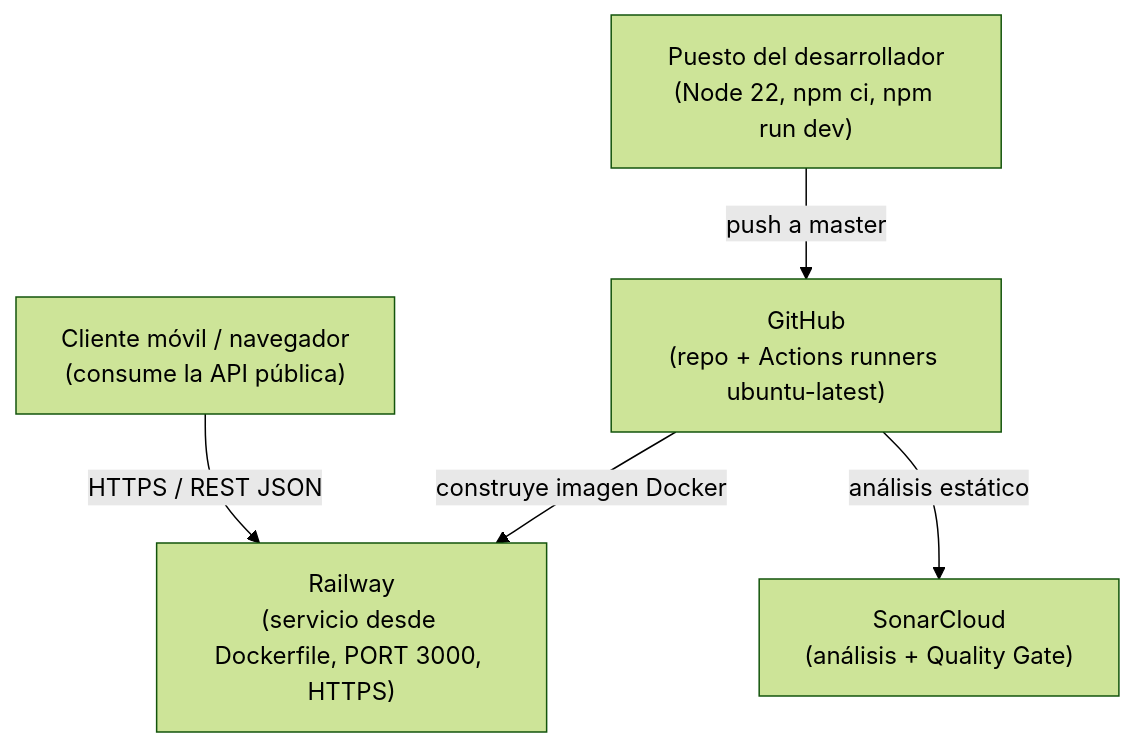
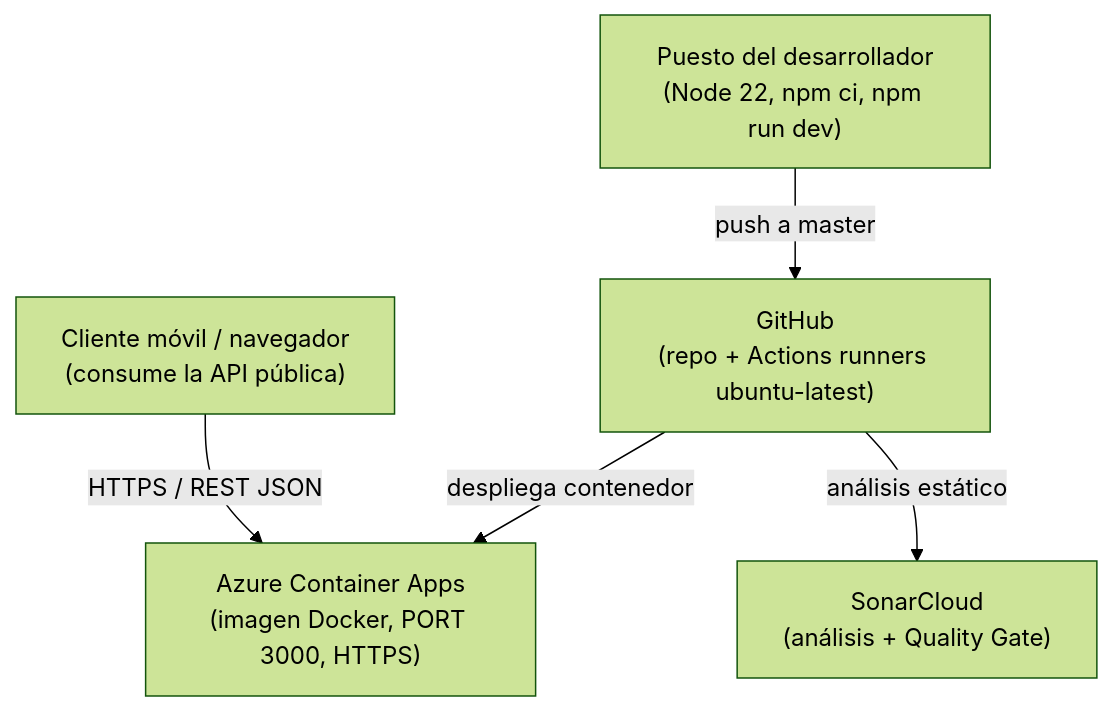
Before and after one commit to ISCOUTB/AS_202620_LaPlacita: the sixth of 7 diagrams in docs/arc42/arc42-template-EN.md, drawn with Mermaid (forest theme). The commit also changed other lines of this file and 7 other files, not shown here.

````diff
--- a/docs/arc42/arc42-template-EN.md
+++ b/docs/arc42/arc42-template-EN.md
@@ -358,13 +358,13 @@
 ```mermaid
 flowchart TB
     DEV["Puesto del desarrollador<br/>(Node 22, npm ci, npm run dev)"] 
     GH["GitHub<br/>(repo + Actions runners ubuntu-latest)"]
-    RW["Railway<br/>(servicio desde Dockerfile, PORT 3000, HTTPS)"]
+    RW["Azure Container Apps<br/>(imagen Docker, PORT 3000, HTTPS)"]
     SC["SonarCloud<br/>(análisis + Quality Gate)"]
     CLI["Cliente móvil / navegador<br/>(consume la API pública)"]
 
     DEV -->|push a master| GH
-    GH -->|construye imagen Docker| RW
+    GH -->|despliega contenedor| RW
     GH -->|análisis estático| SC
     CLI -->|HTTPS / REST JSON| RW
 ```
````
